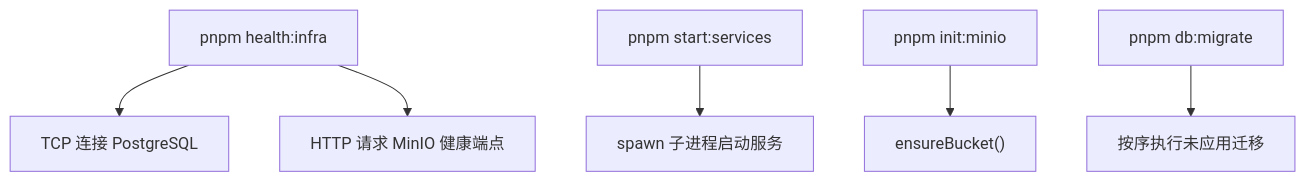
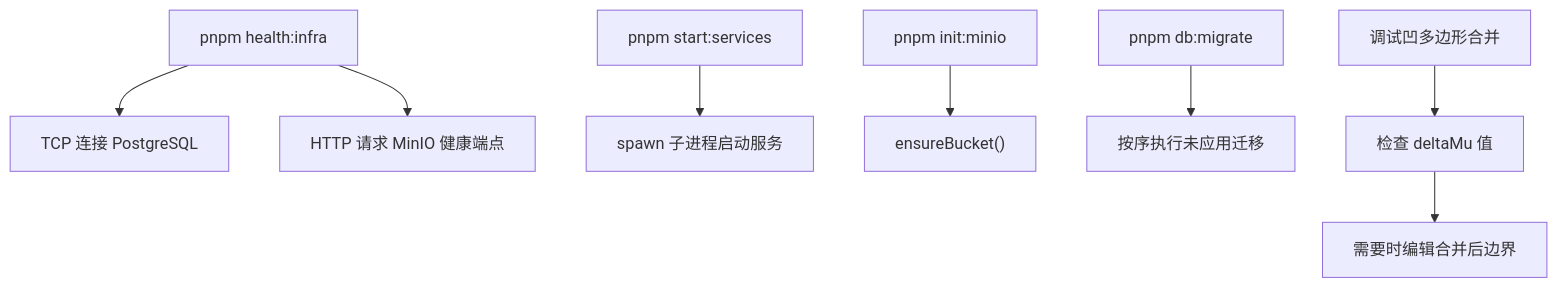
Before and after one commit to q446328246/agri-platform: diagram 11 of 11 in .qoder/repowiki/zh/content/开发指南/开发指南.md, drawn with Mermaid. The commit also changed other lines of this file and 4 other files, not shown here.

````diff
--- a/.qoder/repowiki/zh/content/开发指南/开发指南.md
+++ b/.qoder/repowiki/zh/content/开发指南/开发指南.md
@@ -433,8 +494,10 @@
 ```mermaid
 flowchart TD
 CheckInfra["pnpm health:infra"] --> PgCheck["TCP 连接 PostgreSQL"]
 CheckInfra --> MinioCheck["HTTP 请求 MinIO 健康端点"]
 StartServices["pnpm start:services"] --> Spawn["spawn 子进程启动服务"]
 InitMinio["pnpm init:minio"] --> EnsureBucket["ensureBucket()"]
 Migrate["pnpm db:migrate"] --> Apply["按序执行未应用迁移"]
+DebugMerge["调试凹多边形合并"] --> CheckDelta["检查 deltaMu 值"]
+CheckDelta --> EditBoundary["需要时编辑合并后边界"]
 ```
````
